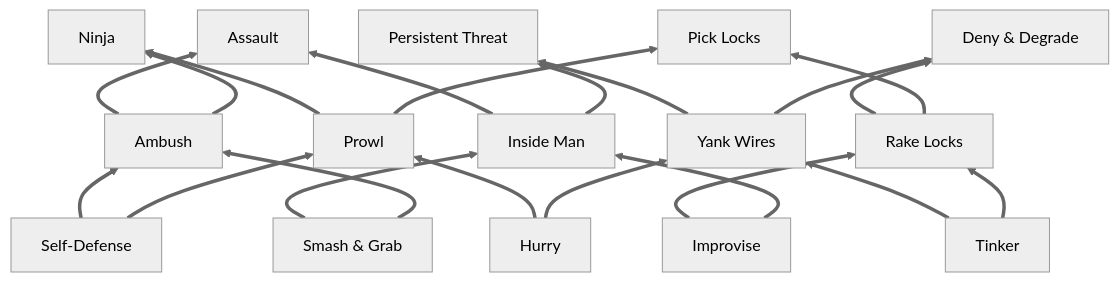
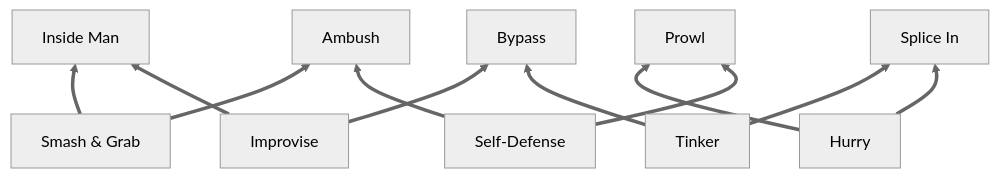
Before and after one commit to andymeneely/project-timber-wolf: the diagram in data/skill-tree.mermaid, drawn with Mermaid (neutral theme). The commit also changed 9 other files, not shown here.

```diff
--- a/data/skill-tree.mermaid
+++ b/data/skill-tree.mermaid
@@ -1,29 +1,29 @@
 %% Mermaid syntax: https://knsv.github.io/mermaid
 %% Can view this on http://knsv.github.io/mermaid/live_editor/
 %% Using Atom? Install plugin and see the preview: https://atom.io/packages/atom-mermaid
 
 graph BT
 
   %%%%%% Level 1s to 2s %%%%%%
   smg[Smash & Grab] ==> Ambush
   smg[Smash & Grab] ==> inside[Inside Man]
   Improvise ==> inside[Inside Man]
-  Improvise ==> rake[Rake Locks]
-  Tinker ==> rake[Rake Locks]
-  Tinker ==> yank[Yank Wires]
-  Hurry ==> yank[Yank Wires]
+  Improvise ==> Bypass
+  Tinker ==> Bypass
+  Tinker ==> splice[Splice In]
+  Hurry ==> splice[Splice In]
   Hurry ==> Prowl
   Self-Defense ==> Prowl
   Self-Defense ==> Ambush
 
   %%%%%% Level 2s to 3s %%%%%%
-  Ambush ==> Ninja
-  Ambush ==> Assault
-  rake[Rake Locks] ==> pick[Pick Locks]
-  rake[Rake Locks] ==> deny[Deny & Degrade]
-  yank[Yank Wires] ==> deny[Deny & Degrade]
-  yank[Yank Wires] ==> persist[Persistent Threat]
-  Prowl ==> pick[Pick Locks]
-  Prowl ==> Ninja
-  inside[Inside Man] ==> persist[Persistent Threat]
-  inside[Inside Man] ==> Assault
+  %% Ambush ==> Ninja
+  %% Ambush ==> Assault
+  %% Bypass
+  %% Bypass
+  %% splice[Splice In] ==> deny[Deny & Degrade]
+  %% splice[Splice In] ==> persist[Persistent Threat]
+  %% Prowl ==> pick[Pick Locks]
+  %% Prowl ==> Ninja
+  %% inside[Inside Man] ==> persist[Persistent Threat]
+  %% inside[Inside Man] ==> Assault
```
